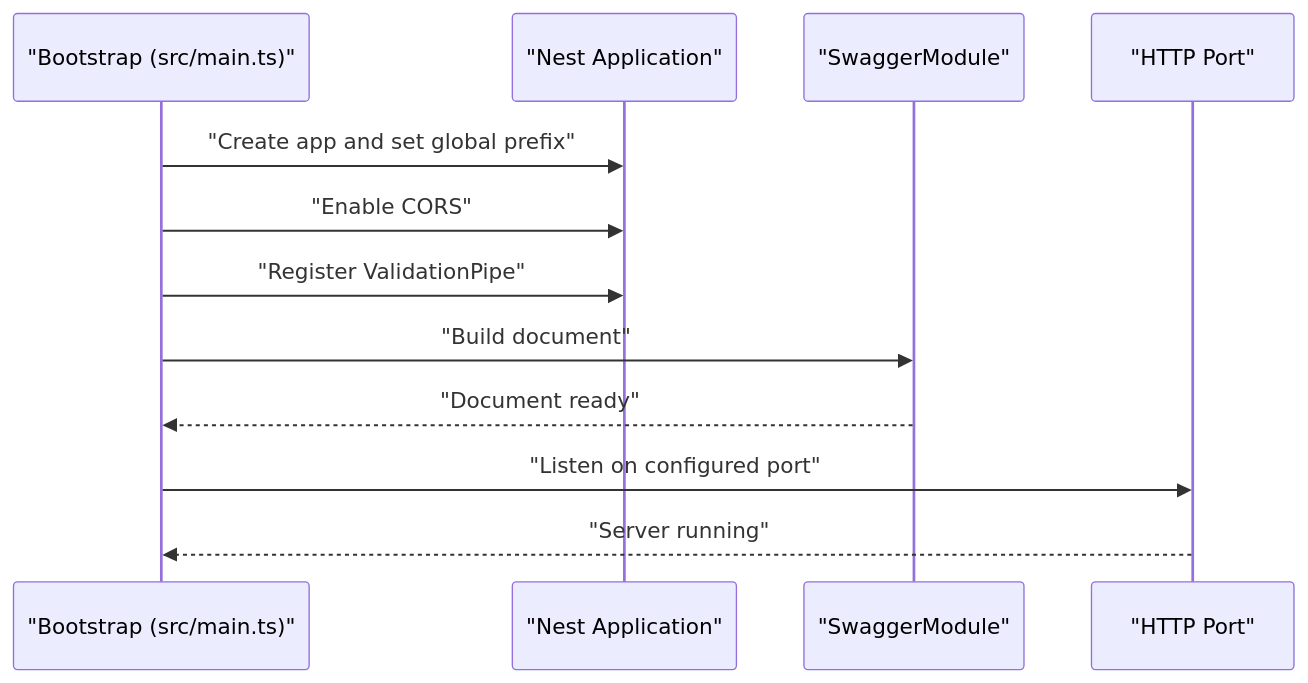
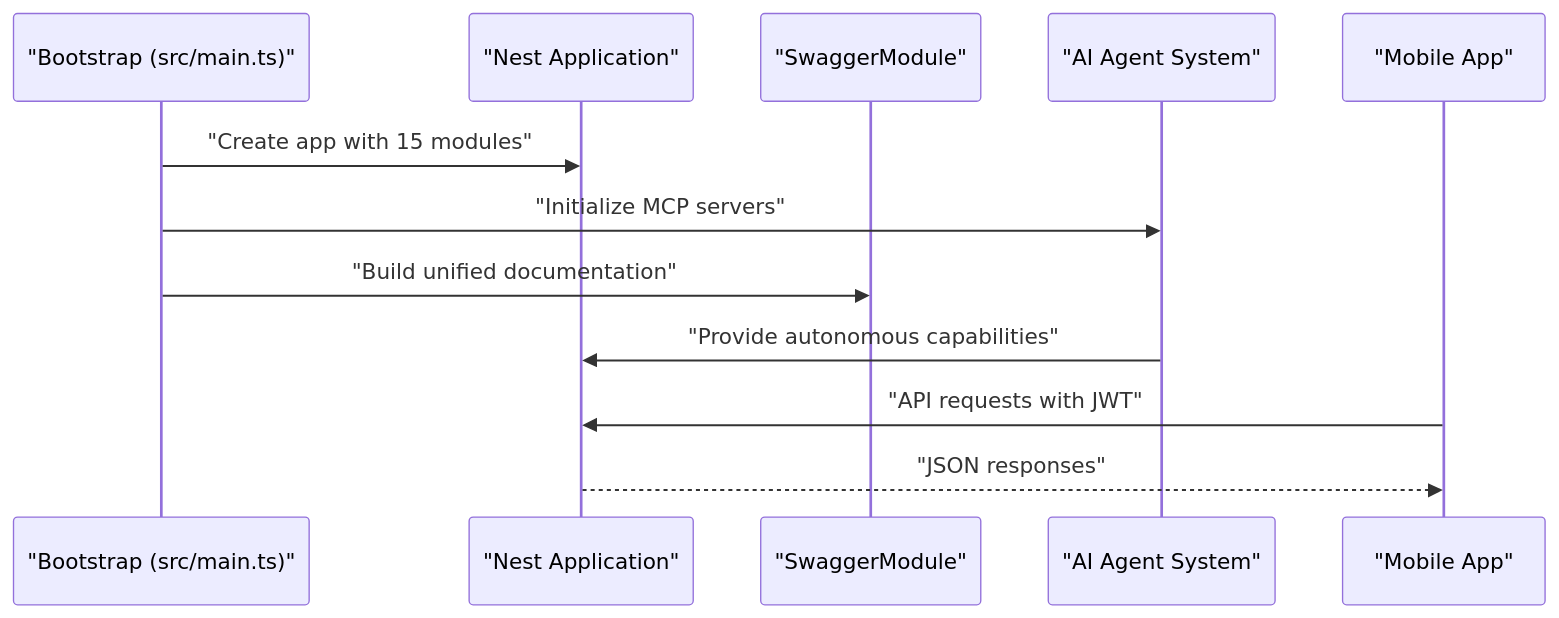
One commit to jairosouza67/99-Pai changed the second of 5 diagrams in .qoder/repowiki/en/content/Getting Started.md. Above: the diagram before and after it, drawn with Mermaid. The commit also changed other lines of this file and 17 other files, not shown here.

````diff
--- a/.qoder/repowiki/en/content/Getting Started.md
+++ b/.qoder/repowiki/en/content/Getting Started.md
@@ -123,14 +185,14 @@
 ```mermaid
 sequenceDiagram
 participant Boot as "Bootstrap (src/main.ts)"
 participant App as "Nest Application"
 participant Swagger as "SwaggerModule"
-participant Port as "HTTP Port"
-Boot->>App : "Create app and set global prefix"
-Boot->>App : "Enable CORS"
-Boot->>App : "Register ValidationPipe"
-Boot->>Swagger : "Build document"
-Swagger-->>Boot : "Document ready"
-Boot->>Port : "Listen on configured port"
-Port-->>Boot : "Server running"
+participant Agent as "AI Agent System"
+participant Mobile as "Mobile App"
+Boot->>App : "Create app with 15 modules"
+Boot->>Agent : "Initialize MCP servers"
+Boot->>Swagger : "Build unified documentation"
+Agent->>App : "Provide autonomous capabilities"
+Mobile->>App : "API requests with JWT"
+App-->>Mobile : "JSON responses"
 ```
````
